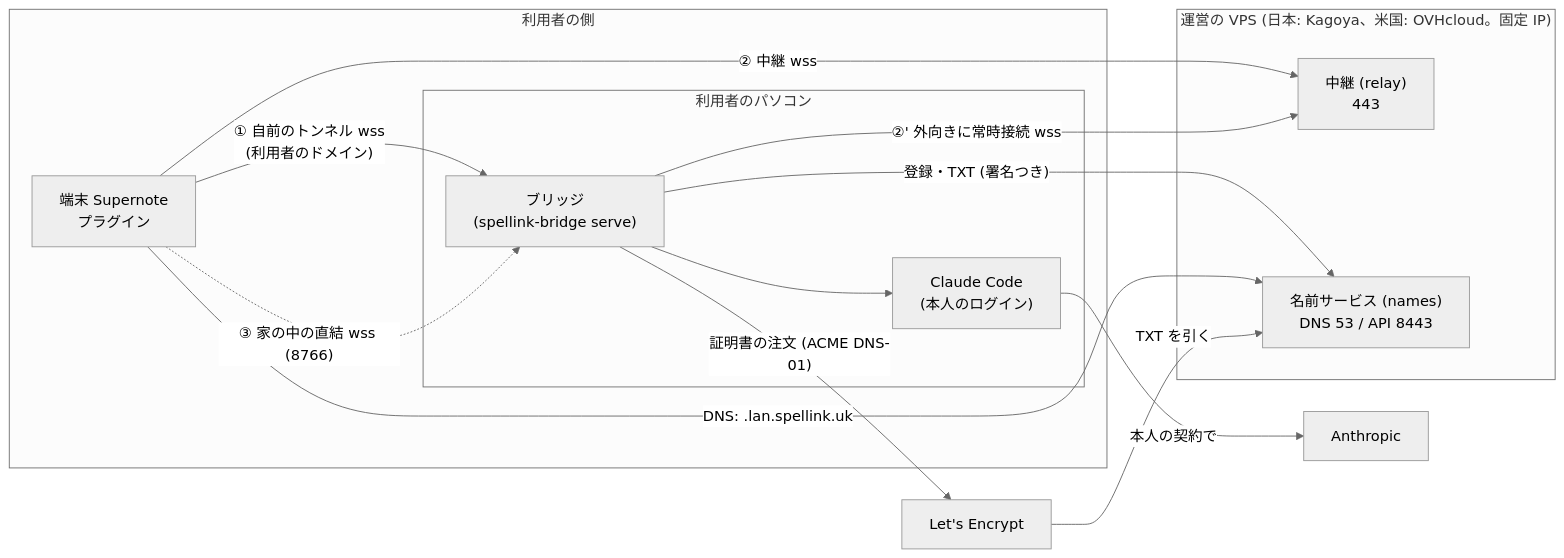
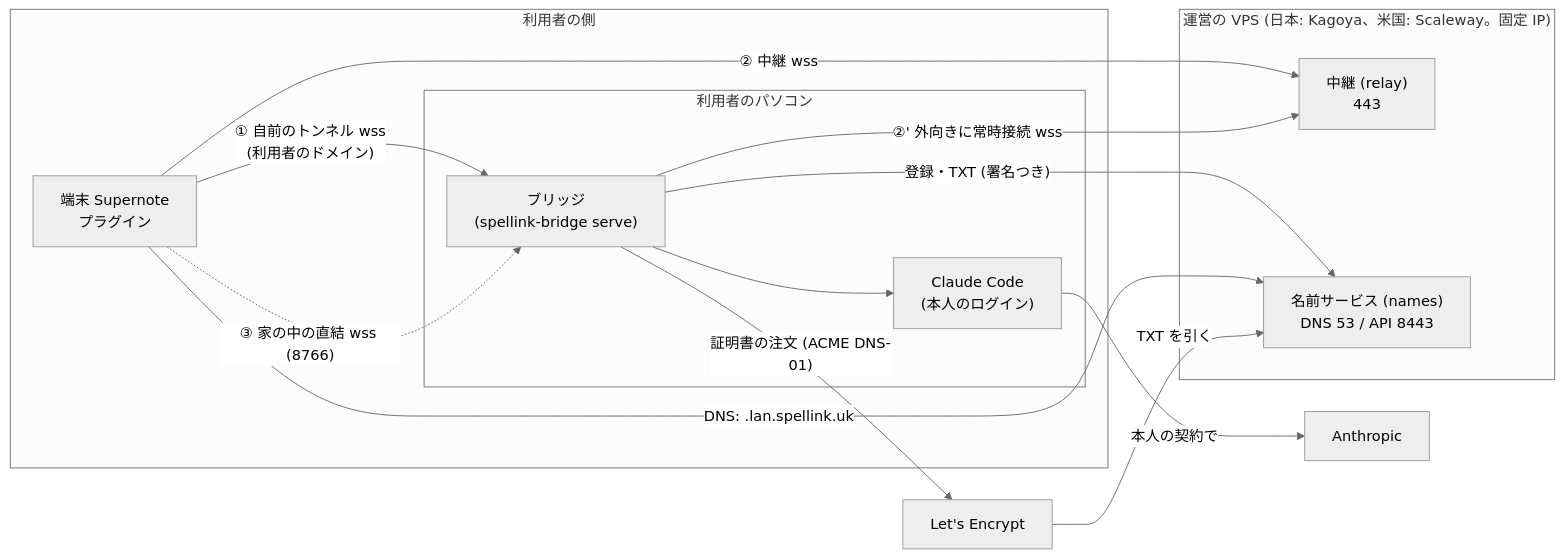
Before and after one commit to DaisukeMatsuoh/Spellink: the first of 3 diagrams in docs/guides/architecture.md, drawn with Mermaid (neutral theme). The commit also changed 22 other files, not shown here.

First line of the commit message:
refactor(spec): state and event names in the tables are readable (Idle, CheckingPermission, ...); bridge app timings; US VPS is Scaleway

````diff
--- a/docs/guides/architecture.md
+++ b/docs/guides/architecture.md
@@ -23,27 +23,27 @@
 ```mermaid
 flowchart LR
   subgraph User["利用者の側"]
     D["端末 Supernote<br/>プラグイン"]
     subgraph PC["利用者のパソコン"]
       B["ブリッジ<br/>(spellink-bridge serve)"]
       C["Claude Code<br/>(本人のログイン)"]
       B --> C
     end
   end
-  subgraph Ops["運営の VPS (日本: Kagoya、米国: OVHcloud。固定 IP)"]
+  subgraph Ops["運営の VPS (日本: Kagoya、米国: Scaleway。固定 IP)"]
     R["中継 (relay)<br/>443"]
     N["名前サービス (names)<br/>DNS 53 / API 8443"]
   end
   LE["Let's Encrypt"]
   AI["Anthropic"]
 
   D -- "① 自前のトンネル wss<br/>(利用者のドメイン)" --> B
   D -- "② 中継 wss" --> R
   B -- "②' 外向きに常時接続 wss" --> R
   D -. "③ 家の中の直結 wss (8766)" .-> B
   B -- "登録・TXT (署名つき)" --> N
   D -- "DNS: <id>.lan.spellink.uk" --> N
   B -- "証明書の注文 (ACME DNS-01)" --> LE
   LE -- "TXT を引く" --> N
   C -- "本人の契約で" --> AI
 ```
````
